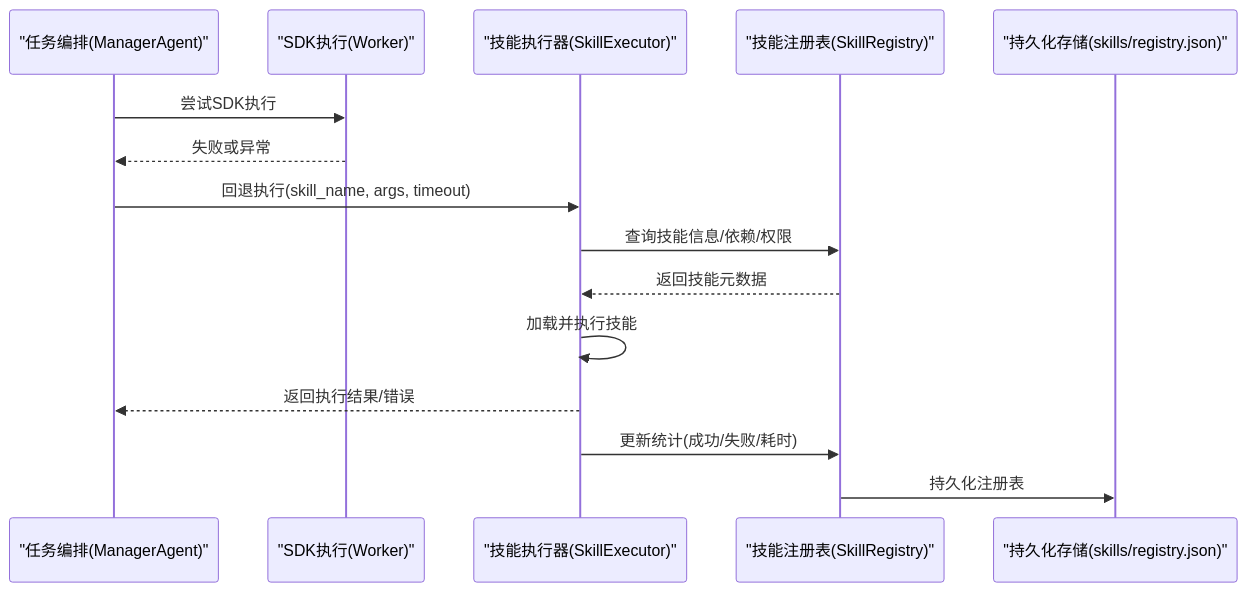
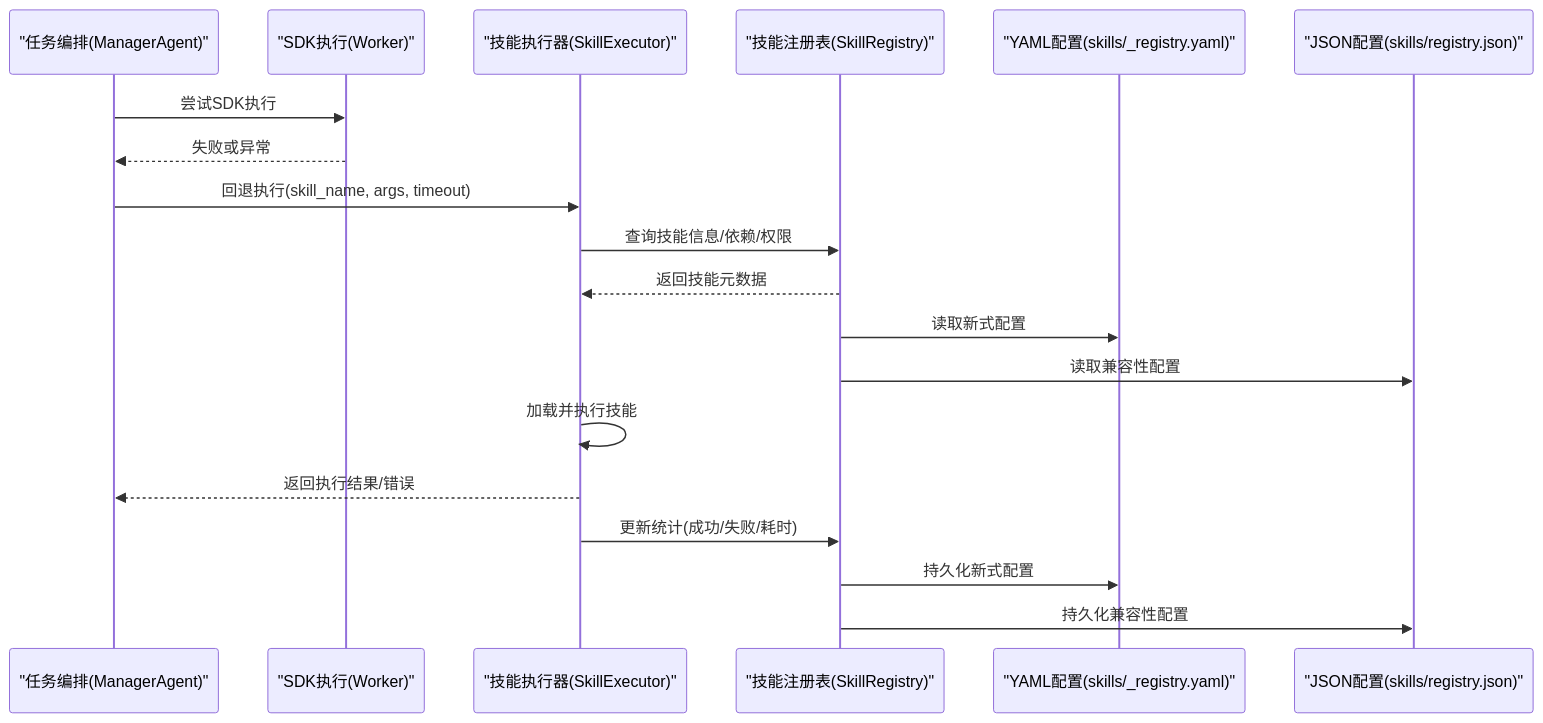
The second of 5 diagrams in .qoder/repowiki/zh/content/核心业务模块/技能管理系统/技能管理系统.md (angledick/-), drawn with Mermaid before and after one commit. The commit also changed other lines of this file and 69 other files, not shown here.

````diff
--- a/.qoder/repowiki/zh/content/核心业务模块/技能管理系统/技能管理系统.md
+++ b/.qoder/repowiki/zh/content/核心业务模块/技能管理系统/技能管理系统.md
@@ -78,17 +92,21 @@
 ```mermaid
 sequenceDiagram
 participant Task as "任务编排(ManagerAgent)"
 participant SDK as "SDK执行(Worker)"
 participant Exec as "技能执行器(SkillExecutor)"
 participant Reg as "技能注册表(SkillRegistry)"
-participant Store as "持久化存储(skills/registry.json)"
+participant Yaml as "YAML配置(skills/_registry.yaml)"
+participant Json as "JSON配置(skills/registry.json)"
 Task->>SDK : 尝试SDK执行
 SDK-->>Task : 失败或异常
 Task->>Exec : 回退执行(skill_name, args, timeout)
 Exec->>Reg : 查询技能信息/依赖/权限
 Reg-->>Exec : 返回技能元数据
+Reg->>Yaml : 读取新式配置
+Reg->>Json : 读取兼容性配置
 Exec->>Exec : 加载并执行技能
 Exec-->>Task : 返回执行结果/错误
 Exec->>Reg : 更新统计(成功/失败/耗时)
-Reg->>Store : 持久化注册表
+Reg->>Yaml : 持久化新式配置
+Reg->>Json : 持久化兼容性配置
 ```
````
